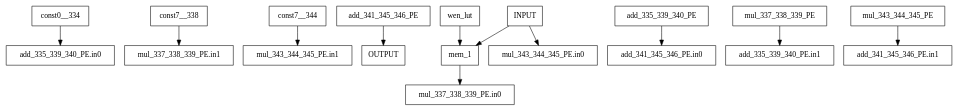
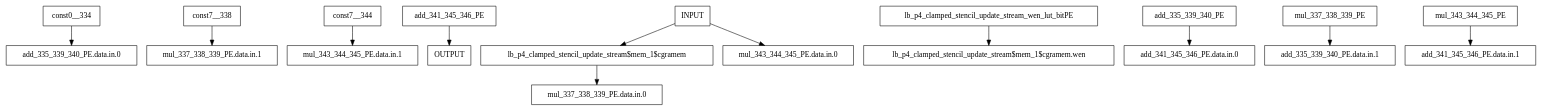
One commit to akashlevy/CGRAGenerator changed the diagram in bitstream/bsbuilder/testdir/examples/conv_2_1_mapped.dot. Above: the diagram before and after it, drawn with Graphviz. The commit also changed 7 other files, not shown here.

```diff
--- a/bitstream/bsbuilder/testdir/examples/conv_2_1_mapped.dot
+++ b/bitstream/bsbuilder/testdir/examples/conv_2_1_mapped.dot
@@ -1,14 +1,14 @@
 digraph Diagram {
   node [shape=box]; # Comment
-    "const0__334" -> "add_335_339_340_PE.in0";
-    "const7__338" -> "mul_337_338_339_PE.in1";
-    "const7__344" -> "mul_343_344_345_PE.in1";
+    "const0__334" -> "add_335_339_340_PE.data.in.0";
+    "const7__338" -> "mul_337_338_339_PE.data.in.1";
+    "const7__344" -> "mul_343_344_345_PE.data.in.1";
     "add_341_345_346_PE" -> "OUTPUT";
-    "INPUT" -> "mem_1"; # fifo_depth 10
-    "INPUT" -> "mul_343_344_345_PE.in0";
-    "mem_1" -> "mul_337_338_339_PE.in0";
-    "wen_lut" -> "mem_1";
-    "add_335_339_340_PE" -> "add_341_345_346_PE.in0";
-    "mul_337_338_339_PE" -> "add_335_339_340_PE.in1";
-    "mul_343_344_345_PE" -> "add_341_345_346_PE.in1";
+    "INPUT" -> "lb_p4_clamped_stencil_update_stream$mem_1$cgramem"; # fifo_depth 10
+    "INPUT" -> "mul_343_344_345_PE.data.in.0";
+    "lb_p4_clamped_stencil_update_stream$mem_1$cgramem" -> "mul_337_338_339_PE.data.in.0";
+    "lb_p4_clamped_stencil_update_stream_wen_lut_bitPE" -> "lb_p4_clamped_stencil_update_stream$mem_1$cgramem.wen"; # lut_value 0xff
+    "add_335_339_340_PE" -> "add_341_345_346_PE.data.in.0";
+    "mul_337_338_339_PE" -> "add_335_339_340_PE.data.in.1";
+    "mul_343_344_345_PE" -> "add_341_345_346_PE.data.in.1";
 }
```
